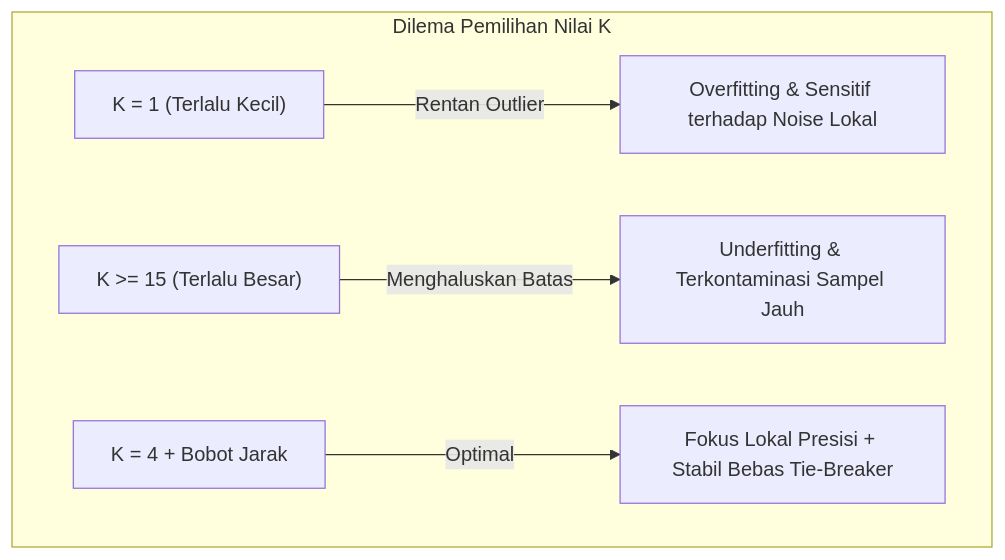
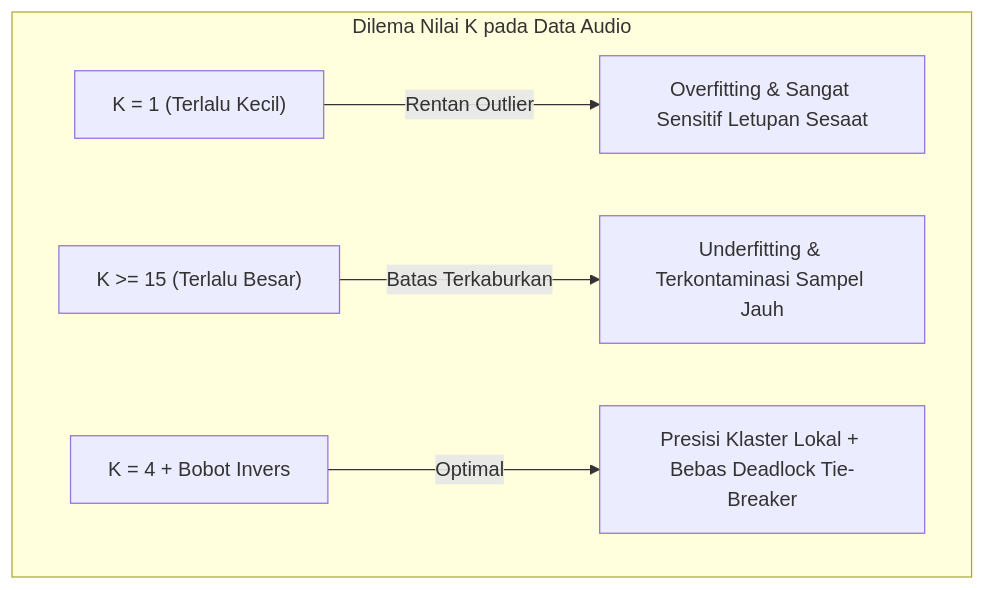
Before and after one commit to itsaalii/audio-classification: the diagram in klasifikasi-audio/modeling.md, drawn with Mermaid. The commit also changed other lines of this file and 7 other files, not shown here.

````diff
--- a/klasifikasi-audio/modeling.md
+++ b/klasifikasi-audio/modeling.md
@@ -79,8 +81,8 @@
 ```mermaid
 graph TD
-    subgraph "Dilema Pemilihan Nilai K"
-        K1["K = 1 (Terlalu Kecil)"] -->|Rentan Outlier| Overfit["Overfitting & Sensitif terhadap Noise Lokal"]
-        K15["K >= 15 (Terlalu Besar)"] -->|Menghaluskan Batas| Underfit["Underfitting & Terkontaminasi Sampel Jauh"]
-        K4["K = 4 + Bobot Jarak"] -->|Optimal| Best["Fokus Lokal Presisi + Stabil Bebas Tie-Breaker"]
+    subgraph "Dilema Nilai K pada Data Audio"
+        K1["K = 1 (Terlalu Kecil)"] -->|Rentan Outlier| Overfit["Overfitting & Sangat Sensitif Letupan Sesaat"]
+        K15["K >= 15 (Terlalu Besar)"] -->|Batas Terkaburkan| Underfit["Underfitting & Terkontaminasi Sampel Jauh"]
+        K4["K = 4 + Bobot Invers"] -->|Optimal| Best["Presisi Klaster Lokal + Bebas Deadlock Tie-Breaker"]
     end
 ```
````
